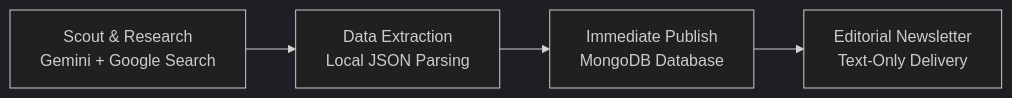
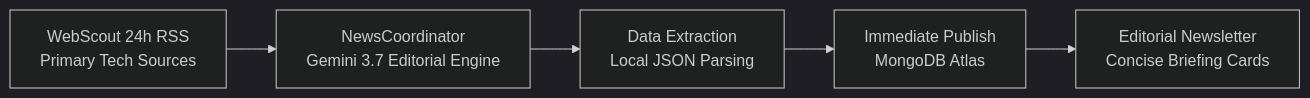
One commit to AnamolZ/lucid-trend changed the first of 3 diagrams in README.md. Above: the diagram before and after it, drawn with Mermaid (dark theme). The commit also changed other lines of this file and 2 other files, not shown here.

First line of the commit message:
docs: update README, architecture diagrams, and operational guides with 2-stage pipeline and Cloudflare FLUX cascade

````diff
--- a/README.md
+++ b/README.md
@@ -10,6 +10,7 @@
 ```mermaid
 flowchart LR
-    A[Scout & Research\nGemini + Google Search] --> B[Data Extraction\nLocal JSON Parsing]
-    B --> C[Immediate Publish\nMongoDB Database]
-    C --> D[Editorial Newsletter\nText-Only Delivery]
+    A[WebScout 24h RSS\nPrimary Tech Sources] --> B[NewsCoordinator\nGemini 3.7 Editorial Engine]
+    B --> C[Data Extraction\nLocal JSON Parsing]
+    C --> D[Immediate Publish\nMongoDB Atlas]
+    D --> E[Editorial Newsletter\nConcise Briefing Cards]
 ```
````
